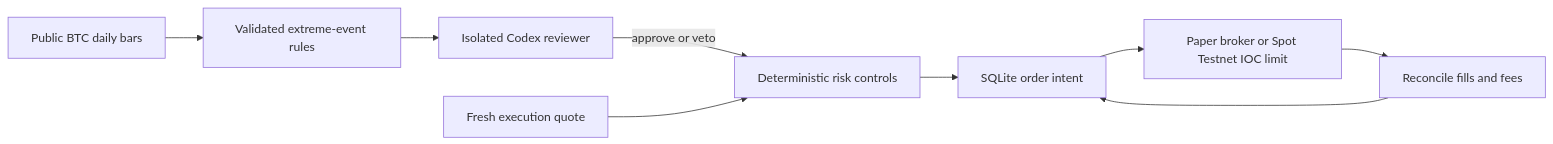
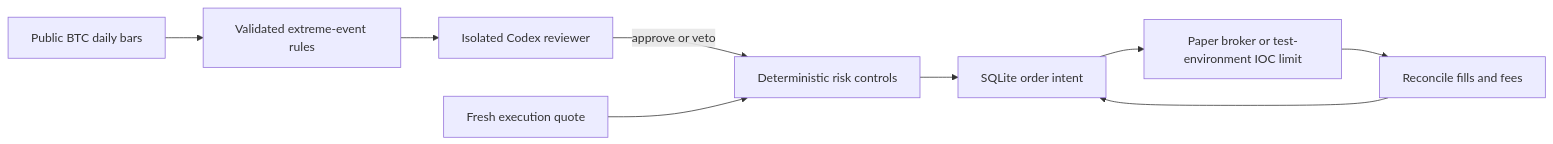
The diagram in docs/codex-btc-agent.md (bridge-win/qt), drawn with Mermaid before and after one commit. The commit also changed other lines of this file and 52 other files, not shown here.

````diff
--- a/docs/codex-btc-agent.md
+++ b/docs/codex-btc-agent.md
@@ -17,11 +18,11 @@
 ```mermaid
 flowchart LR
   M[Public BTC daily bars] --> S[Validated extreme-event rules]
   S --> C[Isolated Codex reviewer]
   C -->|approve or veto| R[Deterministic risk controls]
   Q[Fresh execution quote] --> R
   R --> D[SQLite order intent]
-  D --> E[Paper broker or Spot Testnet IOC limit]
+  D --> E[Paper broker or test-environment IOC limit]
   E --> A[Reconcile fills and fees]
   A --> D
 ```
````
